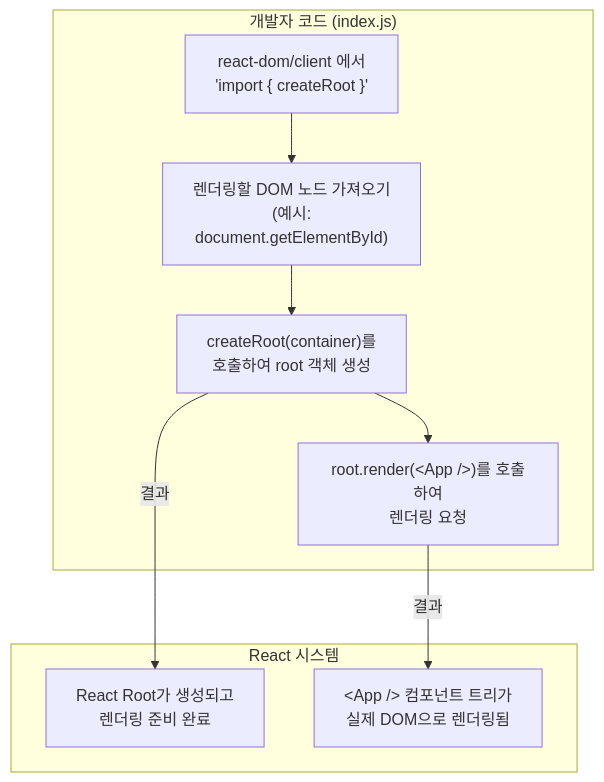
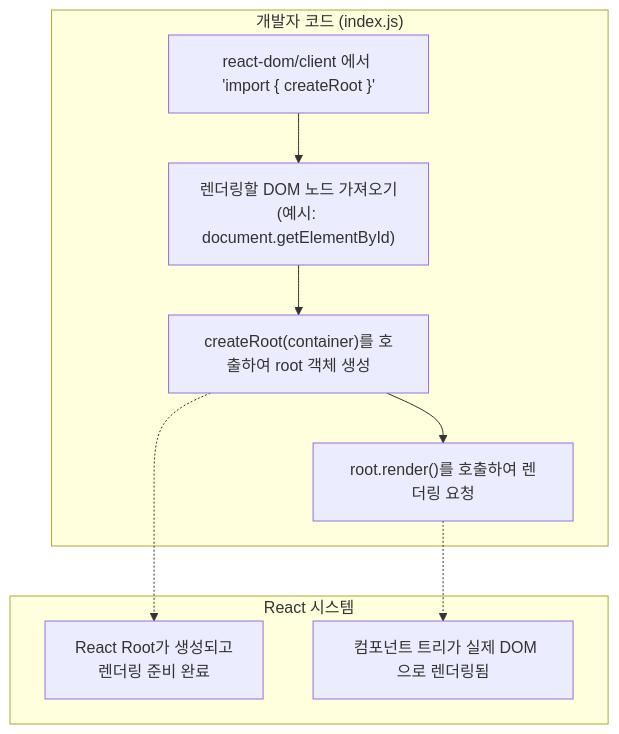
The first of 3 diagrams in cmdsppe7y000w02lh4rhkc76h.md (devtedlee/ted-projects-blog), drawn with Mermaid before and after one commit.

Commit message:
update post: React19 Internals 1: 초기 마운트

````diff
--- a/cmdsppe7y000w02lh4rhkc76h.md
+++ b/cmdsppe7y000w02lh4rhkc76h.md
@@ -20,16 +20,20 @@
 ```mermaid
-graph TD
-    subgraph developer["개발자 코드 (index.js)"]
-        A["react-dom/client 에서<br/>'import { createRoot }'"] --> B["렌더링할 DOM 노드 가져오기<br/>(예시: <br />document.getElementById)"]
-        B --> C["createRoot(container)를 <br/>호출하여 root 객체 생성"]
-        C --> D["root.render(&lt;App /&gt;)를 호출하여<br/>렌더링 요청"]
-    end
+flowchart TD
+  subgraph 개발자_코드["개발자 코드 (index.js)"]
+    A["react-dom/client 에서 'import { createRoot }'"]
+    B["렌더링할 DOM 노드 가져오기<br>(예시: document.getElementById)"]
+    C["createRoot(container)를 호출하여 root 객체 생성"]
+    D["root.render(<App />)를 호출하여 렌더링 요청"]
+  end
 
-    subgraph system["React 시스템"]
-        E["React Root가 생성되고<br/>렌더링 준비 완료"]
-        F["&lt;App /&gt; 컴포넌트 트리가<br/>실제 DOM으로 렌더링됨"]
-    end
+  subgraph React_시스템["React 시스템"]
+    E["React Root가 생성되고<br>렌더링 준비 완료"]
+    F["<App /> 컴포넌트 트리가 실제 DOM으로 렌더링됨"]
+  end
 
-    C -- "결과" --> E
-    D -- "결과" --> F
+  A --> B
+  B --> C
+  C --> D
+  C -.-> E
+  D -.-> F
 ```
````
